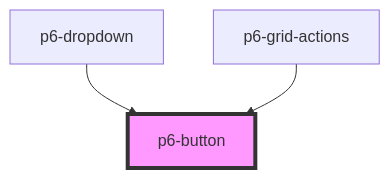
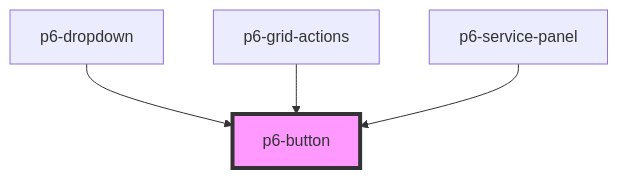
Before and after one commit to amalto/platform6-ui-components: the diagram in packages/core/src/components/atoms/p6-button/readme.md, drawn with Mermaid. The commit also changed other lines of this file and 14 other files, not shown here.

Commit message:
add a p6-service-panel component

````diff
--- a/packages/core/src/components/atoms/p6-button/readme.md
+++ b/packages/core/src/components/atoms/p6-button/readme.md
@@ -25,6 +26,7 @@
 ```mermaid
 graph TD;
   p6-dropdown --> p6-button
   p6-grid-actions --> p6-button
+  p6-service-panel --> p6-button
   style p6-button fill:#f9f,stroke:#333,stroke-width:4px
 ```
````
